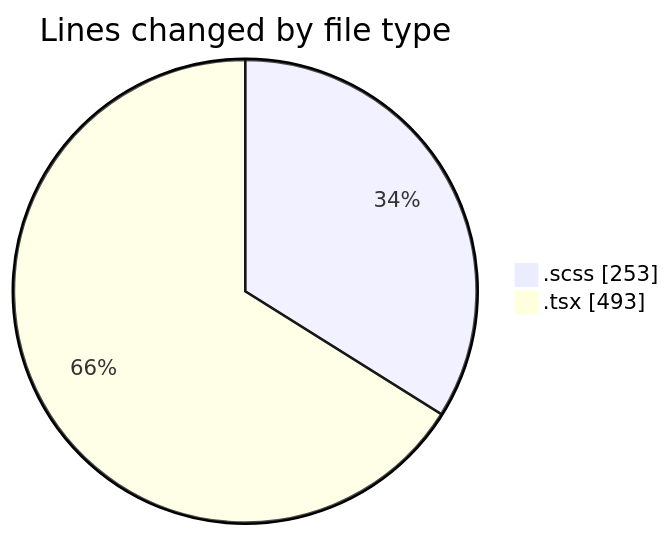
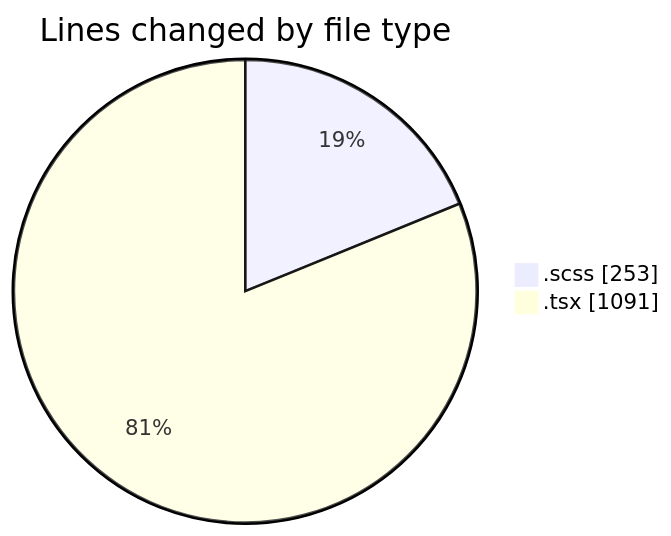
The first of 2 diagrams in 2025-08-28/cda/README.md (momahboobian/code-tracking), drawn with Mermaid before and after one commit. The commit also changed other lines of this file and 1 other file, not shown here.

````diff
--- a/2025-08-28/cda/README.md
+++ b/2025-08-28/cda/README.md
@@ -22,6 +23,6 @@
 ```mermaid
 pie showData
 title Lines changed by file type
 ".scss" : 253
-".tsx" : 493
+".tsx" : 1091
 ```
````
